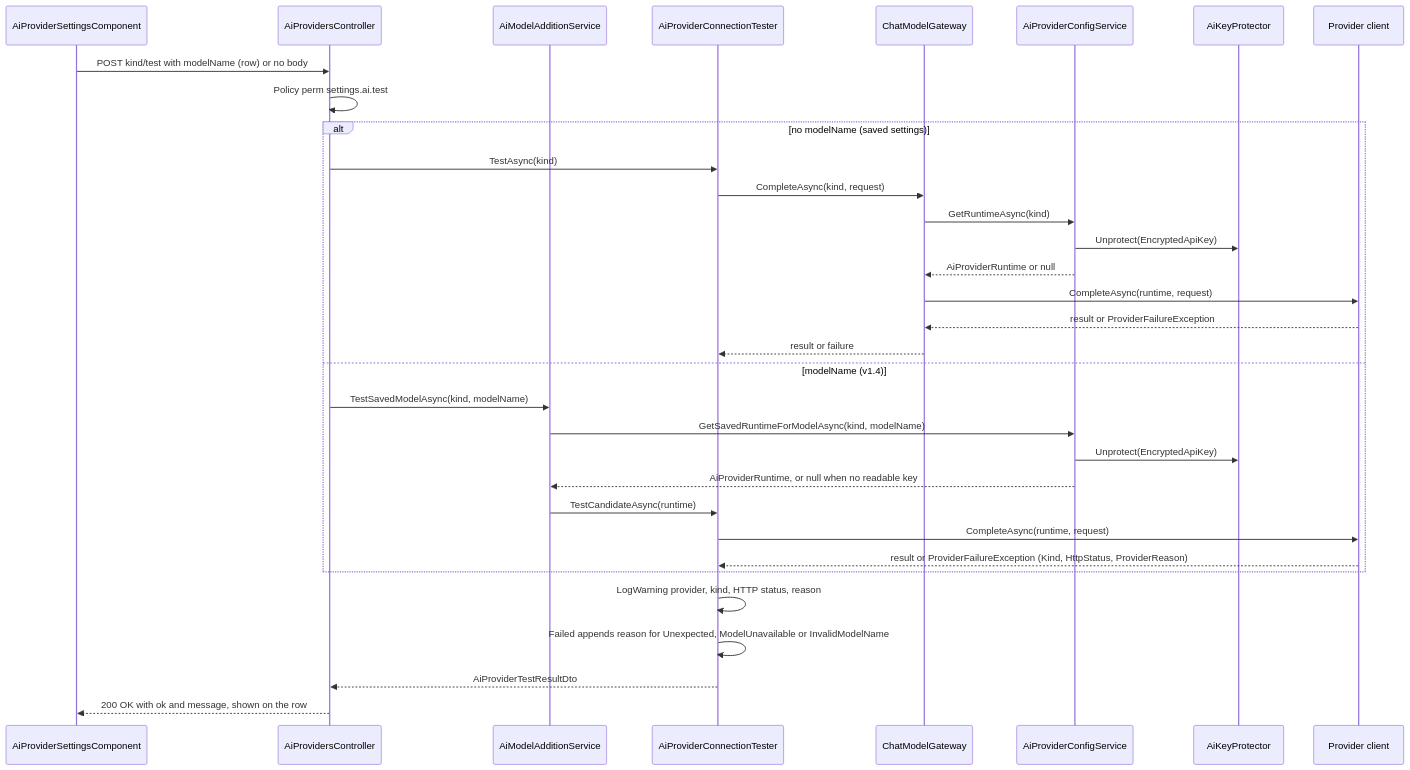
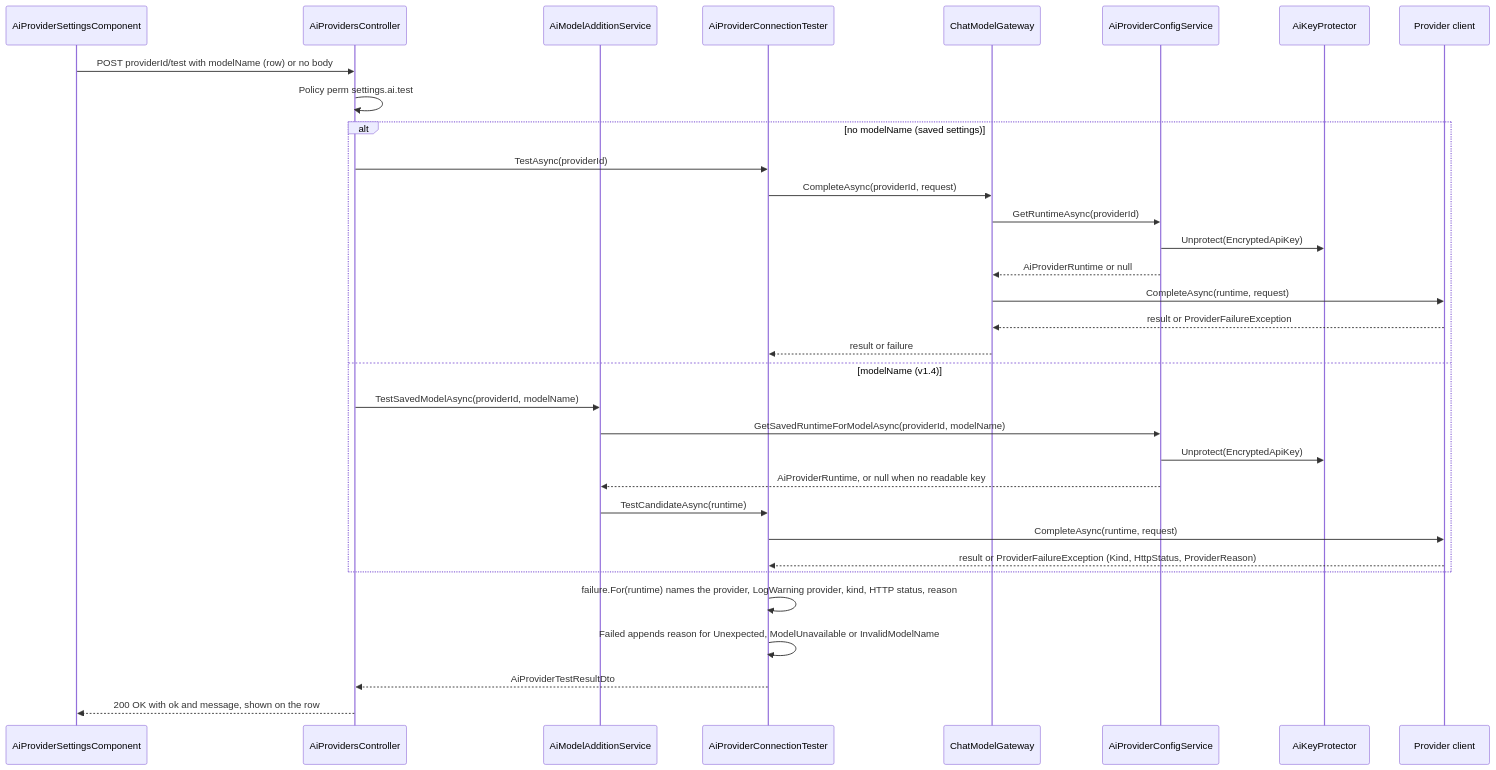
Before and after one commit to jojogeorge3344/TaskFlow-Project: the second of 6 diagrams in TF - Documents/TF - LLD/06-Settings/06.3-TFA-Settings/LLD-TFA-Settings.md, drawn with Mermaid. The commit also changed other lines of this file and 8 other files, not shown here.

````diff
--- a/TF - Documents/TF - LLD/06-Settings/06.3-TFA-Settings/LLD-TFA-Settings.md
+++ b/TF - Documents/TF - LLD/06-Settings/06.3-TFA-Settings/LLD-TFA-Settings.md
@@ -496,35 +626,35 @@
 ```mermaid
 sequenceDiagram
   participant UI as AiProviderSettingsComponent
   participant C as AiProvidersController
   participant M as AiModelAdditionService
   participant T as AiProviderConnectionTester
   participant G as ChatModelGateway
   participant S as AiProviderConfigService
   participant K as AiKeyProtector
   participant P as Provider client
-  UI->>C: POST kind/test with modelName (row) or no body
+  UI->>C: POST providerId/test with modelName (row) or no body
   C->>C: Policy perm settings.ai.test
   alt no modelName (saved settings)
-    C->>T: TestAsync(kind)
-    T->>G: CompleteAsync(kind, request)
-    G->>S: GetRuntimeAsync(kind)
+    C->>T: TestAsync(providerId)
+    T->>G: CompleteAsync(providerId, request)
+    G->>S: GetRuntimeAsync(providerId)
     S->>K: Unprotect(EncryptedApiKey)
     S-->>G: AiProviderRuntime or null
     G->>P: CompleteAsync(runtime, request)
     P-->>G: result or ProviderFailureException
     G-->>T: result or failure
   else modelName (v1.4)
-    C->>M: TestSavedModelAsync(kind, modelName)
-    M->>S: GetSavedRuntimeForModelAsync(kind, modelName)
+    C->>M: TestSavedModelAsync(providerId, modelName)
+    M->>S: GetSavedRuntimeForModelAsync(providerId, modelName)
     S->>K: Unprotect(EncryptedApiKey)
     S-->>M: AiProviderRuntime, or null when no readable key
     M->>T: TestCandidateAsync(runtime)
     T->>P: CompleteAsync(runtime, request)
     P-->>T: result or ProviderFailureException (Kind, HttpStatus, ProviderReason)
   end
-  T->>T: LogWarning provider, kind, HTTP status, reason
+  T->>T: failure.For(runtime) names the provider, LogWarning provider, kind, HTTP status, reason
   T->>T: Failed appends reason for Unexpected, ModelUnavailable or InvalidModelName
   T-->>C: AiProviderTestResultDto
   C-->>UI: 200 OK with ok and message, shown on the row
 ```
````
